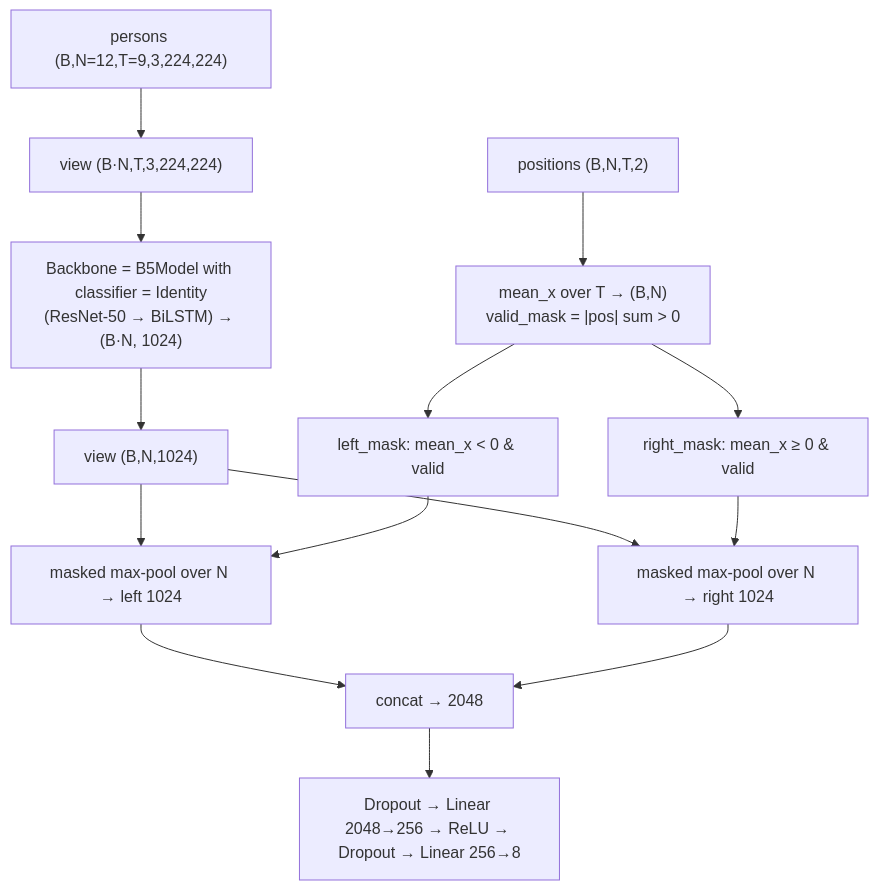
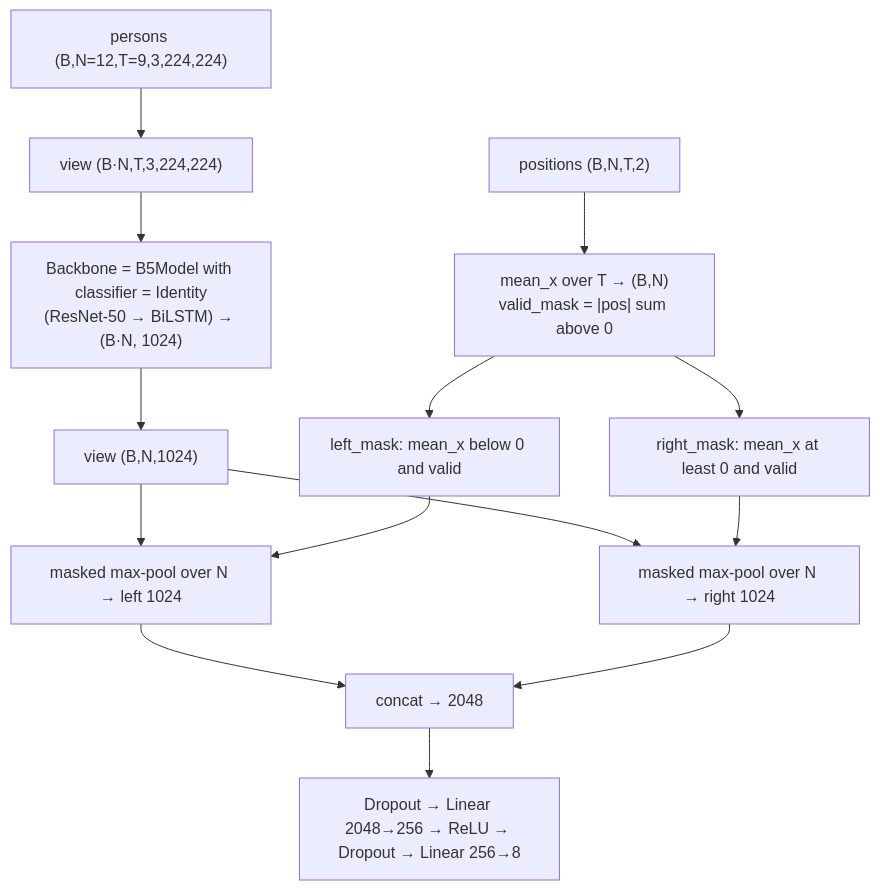
Diagram 14 of 23 in README.md (Abdo-Gamal/volleyball_project), drawn with Mermaid before and after one commit. The commit also changed other lines of this file, not shown here.

````diff
--- a/README.md
+++ b/README.md
@@ -606,16 +606,16 @@
 ```mermaid
 flowchart TD
     A["persons (B,N=12,T=9,3,224,224)"] --> B["view (B·N,T,3,224,224)"]
     B --> C["Backbone = B5Model with classifier = Identity<br/>(ResNet-50 → BiLSTM) → (B·N, 1024)"]
     C --> D["view (B,N,1024)"]
-    P["positions (B,N,T,2)"] --> M["mean_x over T → (B,N)<br/>valid_mask = |pos| sum > 0"]
-    M --> LM[left_mask: mean_x < 0 & valid]
-    M --> RM[right_mask: mean_x ≥ 0 & valid]
-    D --> LP[masked max-pool over N → left 1024]
-    D --> RP[masked max-pool over N → right 1024]
+    P["positions (B,N,T,2)"] --> M["mean_x over T → (B,N)<br/>valid_mask = |pos| sum above 0"]
+    M --> LM["left_mask: mean_x below 0 and valid"]
+    M --> RM["right_mask: mean_x at least 0 and valid"]
+    D --> LP["masked max-pool over N → left 1024"]
+    D --> RP["masked max-pool over N → right 1024"]
     LM --> LP
     RM --> RP
-    LP --> G[concat → 2048]
+    LP --> G["concat → 2048"]
     RP --> G
-    G --> H[Dropout → Linear 2048→256 → ReLU → Dropout → Linear 256→8]
+    G --> H["Dropout → Linear 2048→256 → ReLU → Dropout → Linear 256→8"]
 ```
````
